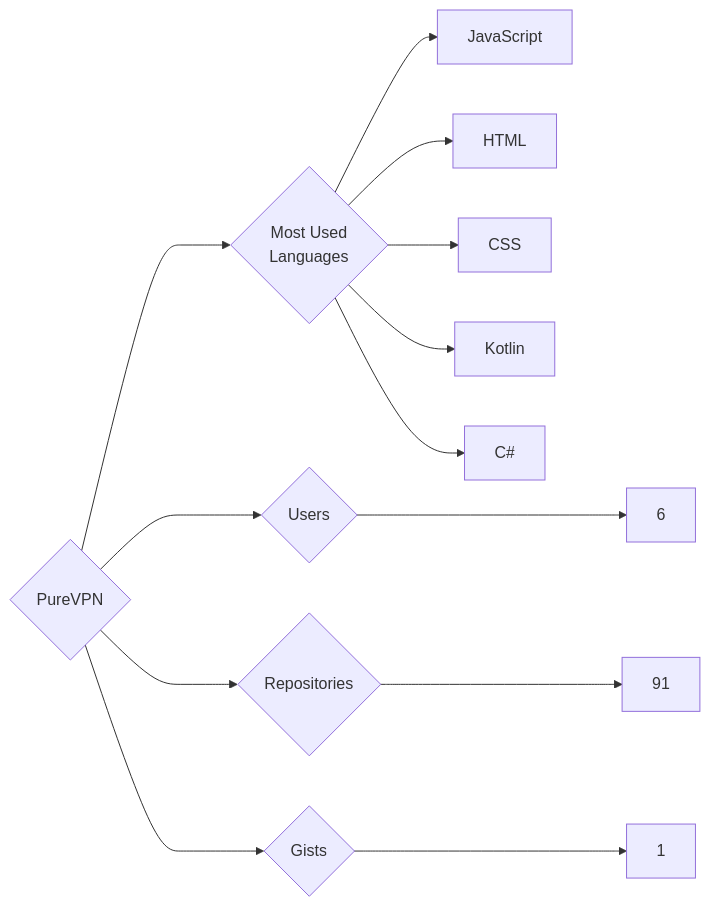
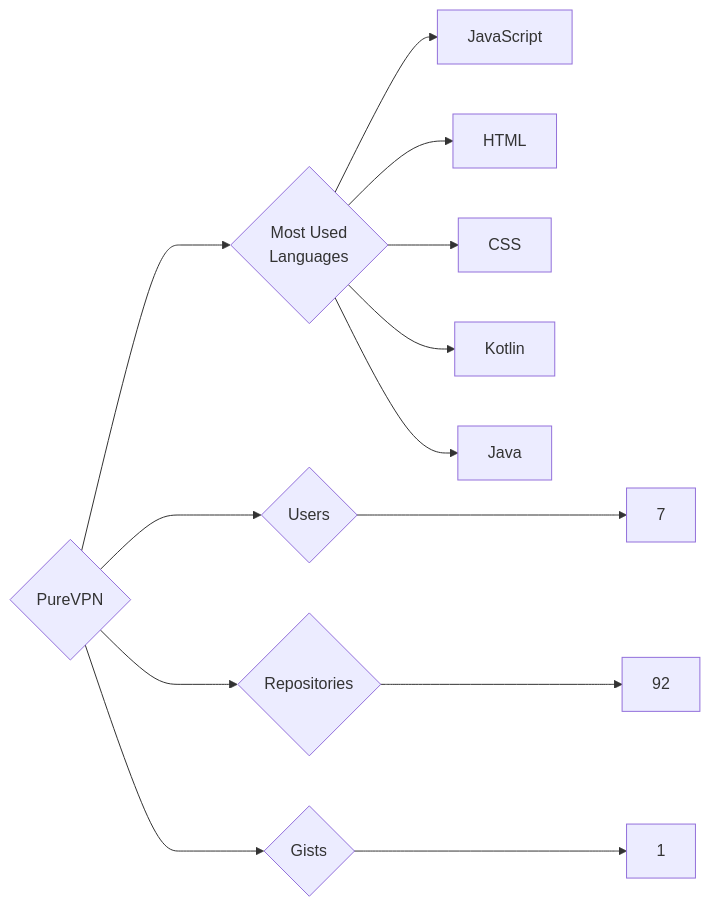
The diagram in targets/PureVPN/README.md (trickest/insiders), drawn with Mermaid before and after one commit. The commit also changed 928 other files, not shown here.

````diff
--- a/targets/PureVPN/README.md
+++ b/targets/PureVPN/README.md
@@ -3,13 +3,13 @@
 ```mermaid
 graph LR
 COMPANY_NAME{PureVPN}
-COMPANY_NAME ---> U{Users} ---> UN[6]
-COMPANY_NAME ---> R{Repositories} ---> RN[91]
+COMPANY_NAME ---> U{Users} ---> UN[7]
+COMPANY_NAME ---> R{Repositories} ---> RN[92]
 COMPANY_NAME ---> G{Gists} ---> GN[1]
 COMPANY_NAME ---> ML{Most Used<br>Languages}
 ML --> JavaScript[JavaScript]
 ML --> HTML[HTML]
 ML --> CSS[CSS]
 ML --> Kotlin[Kotlin]
-ML --> C#[C#]
+ML --> Java[Java]
 ```
````
